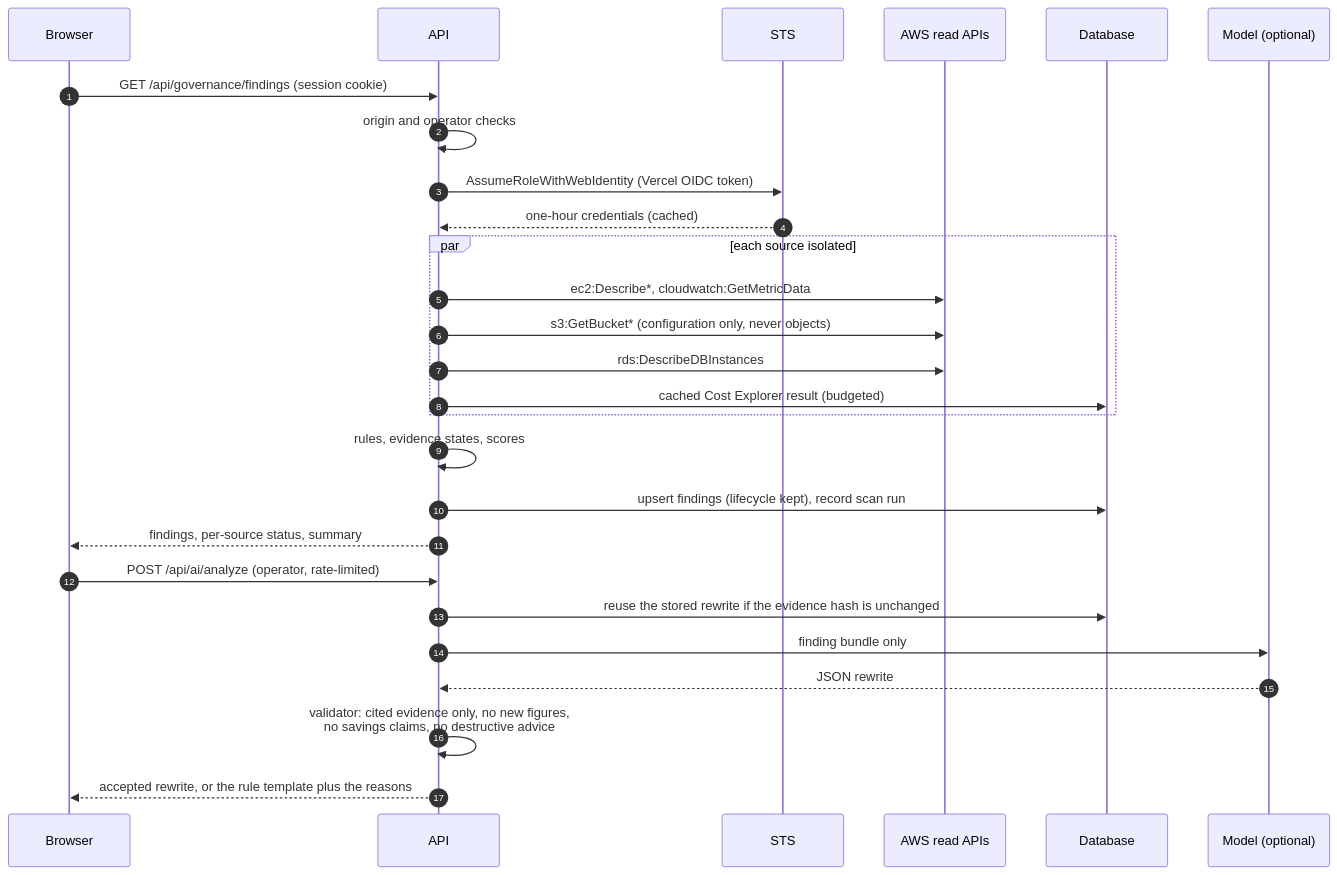
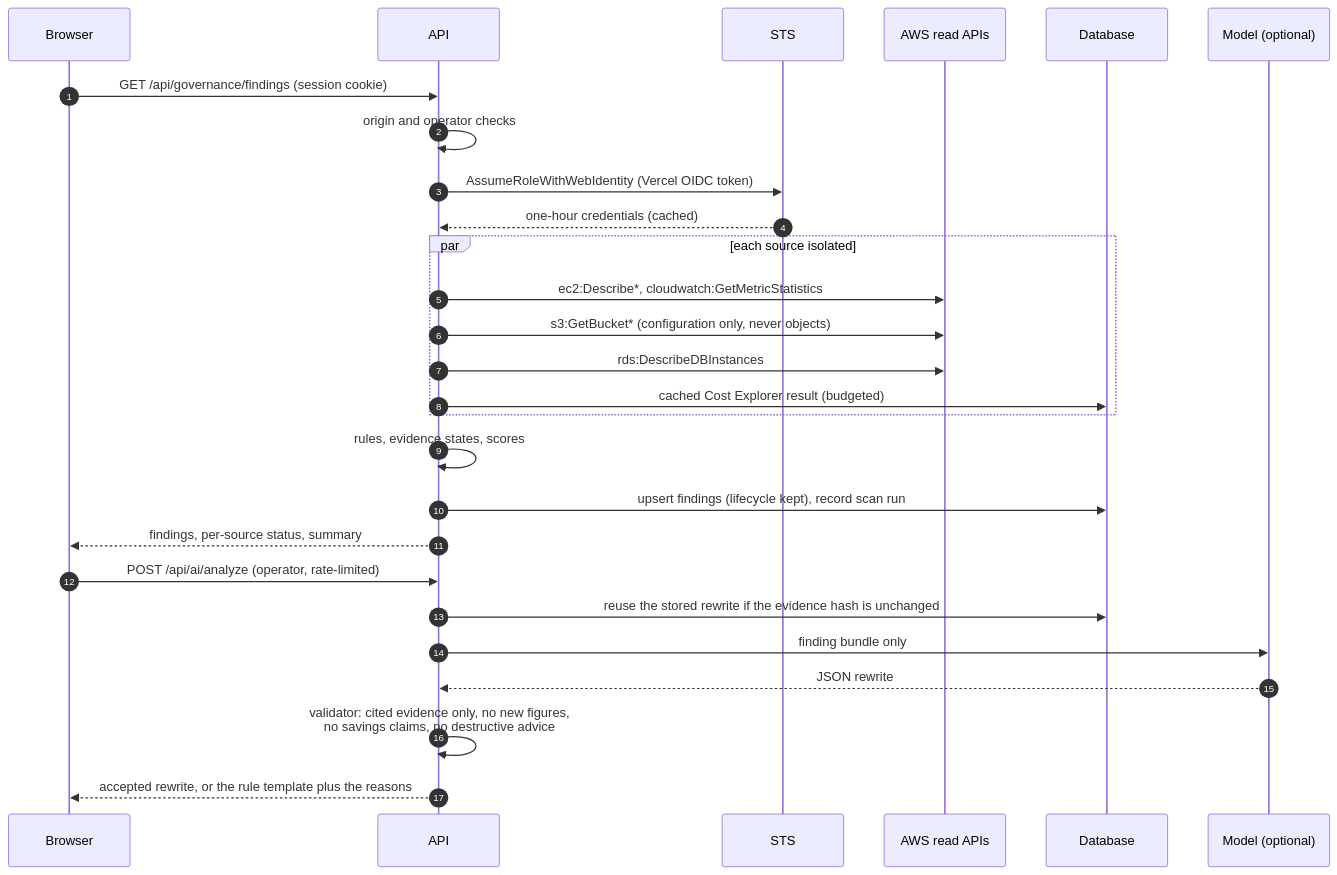
Before and after one commit to jeevakumarr48/cloudops.ai: the third of 5 diagrams in docs/architecture.md, drawn with Mermaid. The commit also changed 15 other files, not shown here.

First line of the commit message:
Read CloudWatch metrics with the free GetMetricStatistics API

````diff
--- a/docs/architecture.md
+++ b/docs/architecture.md
@@ -74,30 +74,30 @@
 ```mermaid
 sequenceDiagram
     autonumber
     participant B as Browser
     participant A as API
     participant S as STS
     participant W as AWS read APIs
     participant D as Database
     participant M as Model (optional)
 
     B->>A: GET /api/governance/findings (session cookie)
     A->>A: origin and operator checks
     A->>S: AssumeRoleWithWebIdentity (Vercel OIDC token)
     S-->>A: one-hour credentials (cached)
     par each source isolated
-        A->>W: ec2:Describe*, cloudwatch:GetMetricData
+        A->>W: ec2:Describe*, cloudwatch:GetMetricStatistics
         A->>W: s3:GetBucket* (configuration only, never objects)
         A->>W: rds:DescribeDBInstances
         A->>D: cached Cost Explorer result (budgeted)
     end
     A->>A: rules, evidence states, scores
     A->>D: upsert findings (lifecycle kept), record scan run
     A-->>B: findings, per-source status, summary
     B->>A: POST /api/ai/analyze (operator, rate-limited)
     A->>D: reuse the stored rewrite if the evidence hash is unchanged
     A->>M: finding bundle only
     M-->>A: JSON rewrite
     A->>A: validator: cited evidence only, no new figures,<br/>no savings claims, no destructive advice
     A-->>B: accepted rewrite, or the rule template plus the reasons
 ```
````
